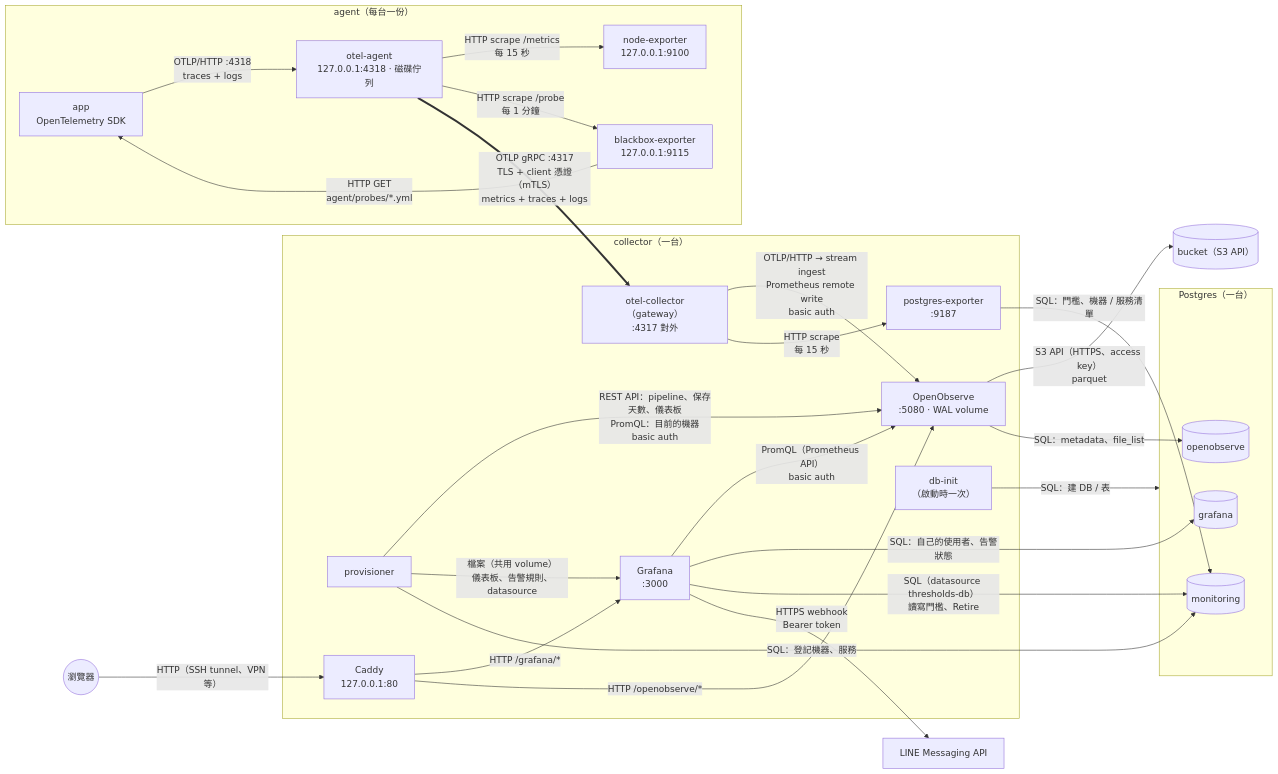
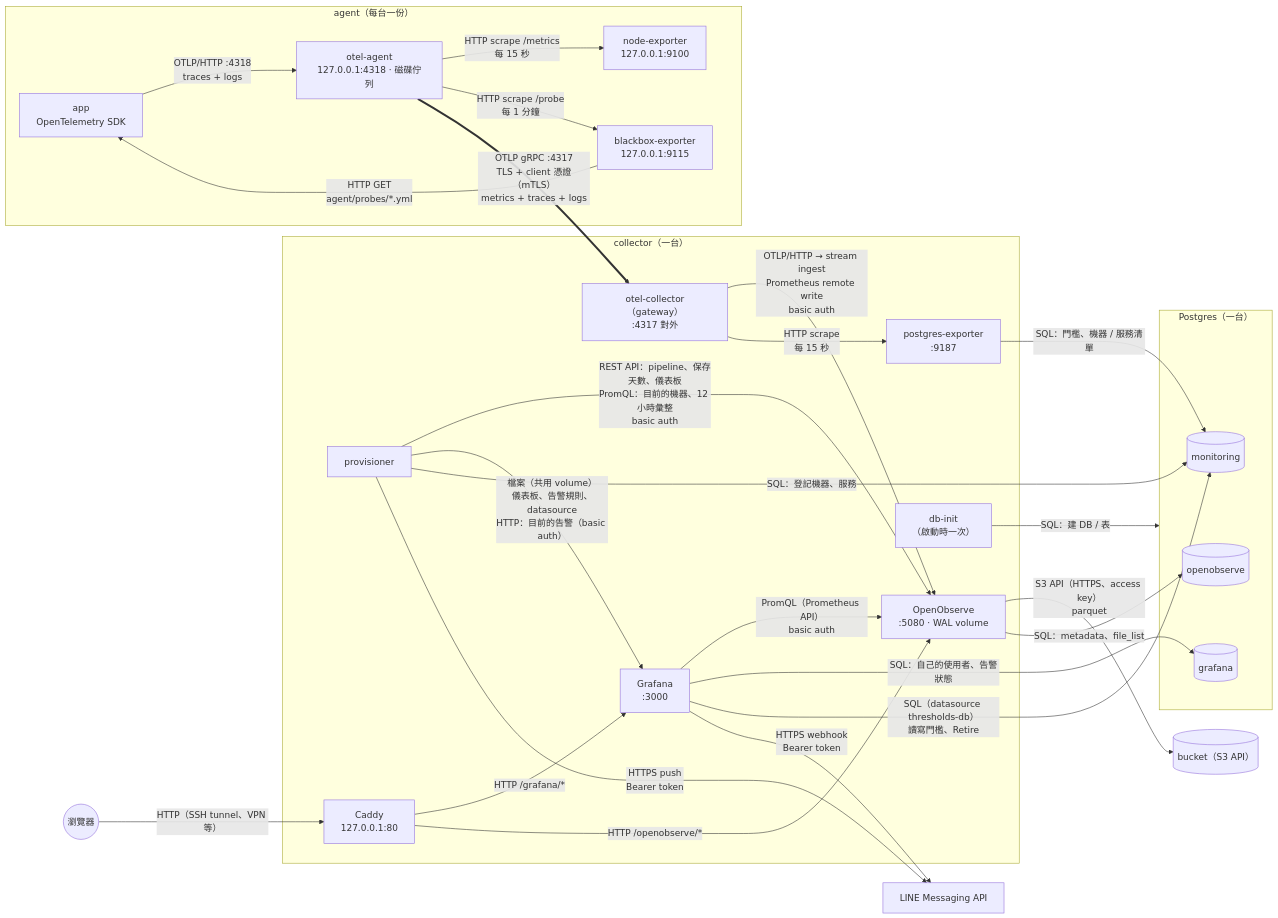
The diagram in docs/architecture.md (aoeskills/observability), drawn with Mermaid before and after one commit. The commit also changed other lines of this file and 10 other files, not shown here.

````diff
--- a/docs/architecture.md
+++ b/docs/architecture.md
@@ -10,50 +10,51 @@
 ```mermaid
 flowchart LR
     subgraph agenthost["agent（每台一份）"]
         app["app<br/>OpenTelemetry SDK"]
         node["node-exporter<br/>127.0.0.1:9100"]
         bb["blackbox-exporter<br/>127.0.0.1:9115"]
         otelagent["otel-agent<br/>127.0.0.1:4318 · 磁碟佇列"]
         app -->|"OTLP/HTTP :4318<br/>traces + logs"| otelagent
         otelagent -->|"HTTP scrape /metrics<br/>每 15 秒"| node
         otelagent -->|"HTTP scrape /probe<br/>每 1 分鐘"| bb
         bb -->|"HTTP GET<br/>agent/probes/*.yml"| app
     end
 
     subgraph collectorhost["collector（一台）"]
         gateway["otel-collector（gateway）<br/>:4317 對外"]
         o2["OpenObserve<br/>:5080 · WAL volume"]
         grafana["Grafana<br/>:3000"]
         provisioner["provisioner"]
         pgexp["postgres-exporter<br/>:9187"]
         dbinit["db-init<br/>（啟動時一次）"]
         caddy["Caddy<br/>127.0.0.1:80"]
         gateway -->|"OTLP/HTTP → stream ingest<br/>Prometheus remote write<br/>basic auth"| o2
         gateway -->|"HTTP scrape<br/>每 15 秒"| pgexp
         grafana -->|"PromQL（Prometheus API）<br/>basic auth"| o2
-        provisioner -->|"REST API：pipeline、保存天數、儀表板<br/>PromQL：目前的機器<br/>basic auth"| o2
-        provisioner -->|"檔案（共用 volume）<br/>儀表板、告警規則、datasource"| grafana
+        provisioner -->|"REST API：pipeline、保存天數、儀表板<br/>PromQL：目前的機器、12 小時彙整<br/>basic auth"| o2
+        provisioner -->|"檔案（共用 volume）<br/>儀表板、告警規則、datasource<br/>HTTP：目前的告警（basic auth）"| grafana
         caddy -->|"HTTP /grafana/*"| grafana
         caddy -->|"HTTP /openobserve/*"| o2
     end
 
     subgraph pg["Postgres（一台）"]
         db_o2[("openobserve")]
         db_g[("grafana")]
         db_m[("monitoring")]
     end
     bucket[("bucket（S3 API）")]
     line["LINE Messaging API"]
     user(("瀏覽器"))
 
     otelagent ==>|"OTLP gRPC :4317<br/>TLS + client 憑證（mTLS）<br/>metrics + traces + logs"| gateway
     o2 -->|"S3 API（HTTPS、access key）<br/>parquet"| bucket
     o2 -->|"SQL：metadata、file_list"| db_o2
     grafana -->|"SQL：自己的使用者、告警狀態"| db_g
     grafana -->|"SQL（datasource thresholds-db）<br/>讀寫門檻、Retire"| db_m
     provisioner -->|"SQL：登記機器、服務"| db_m
     pgexp -->|"SQL：門檻、機器 / 服務清單"| db_m
     dbinit -->|"SQL：建 DB / 表"| pg
     grafana -->|"HTTPS webhook<br/>Bearer token"| line
+    provisioner -->|"HTTPS push<br/>Bearer token"| line
     user -->|"HTTP（SSH tunnel、VPN 等）"| caddy
 ```
````
